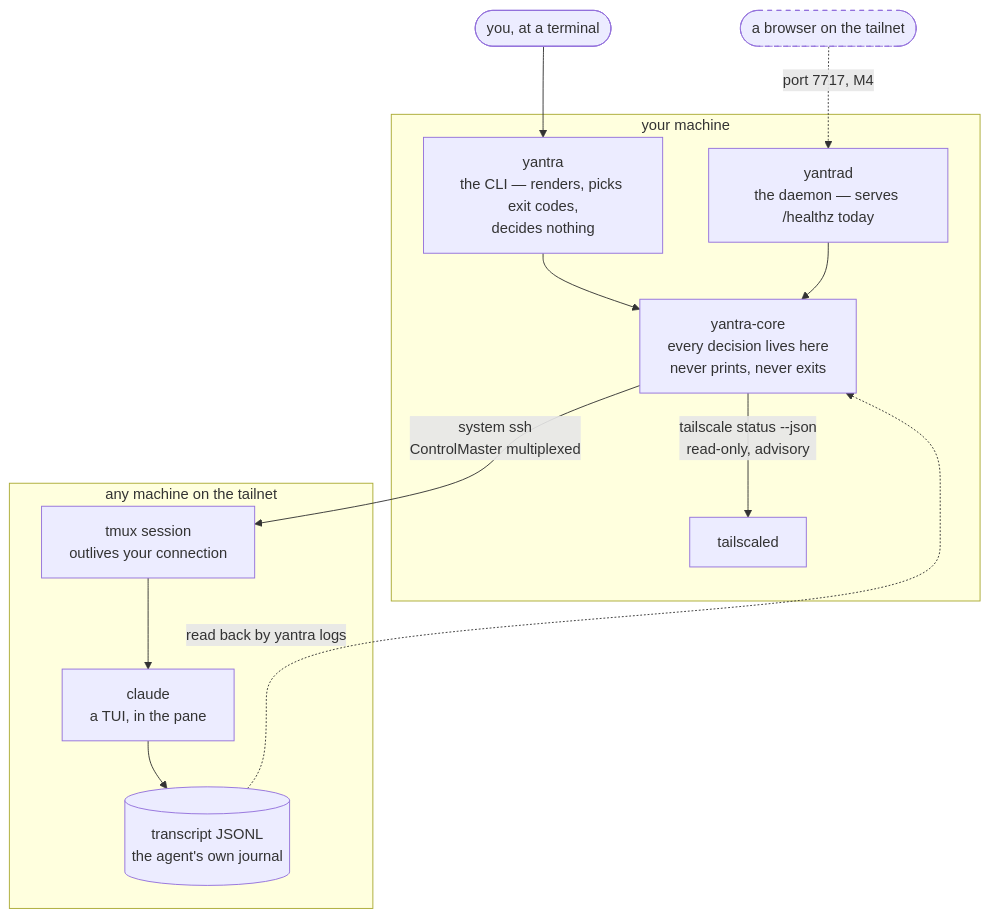
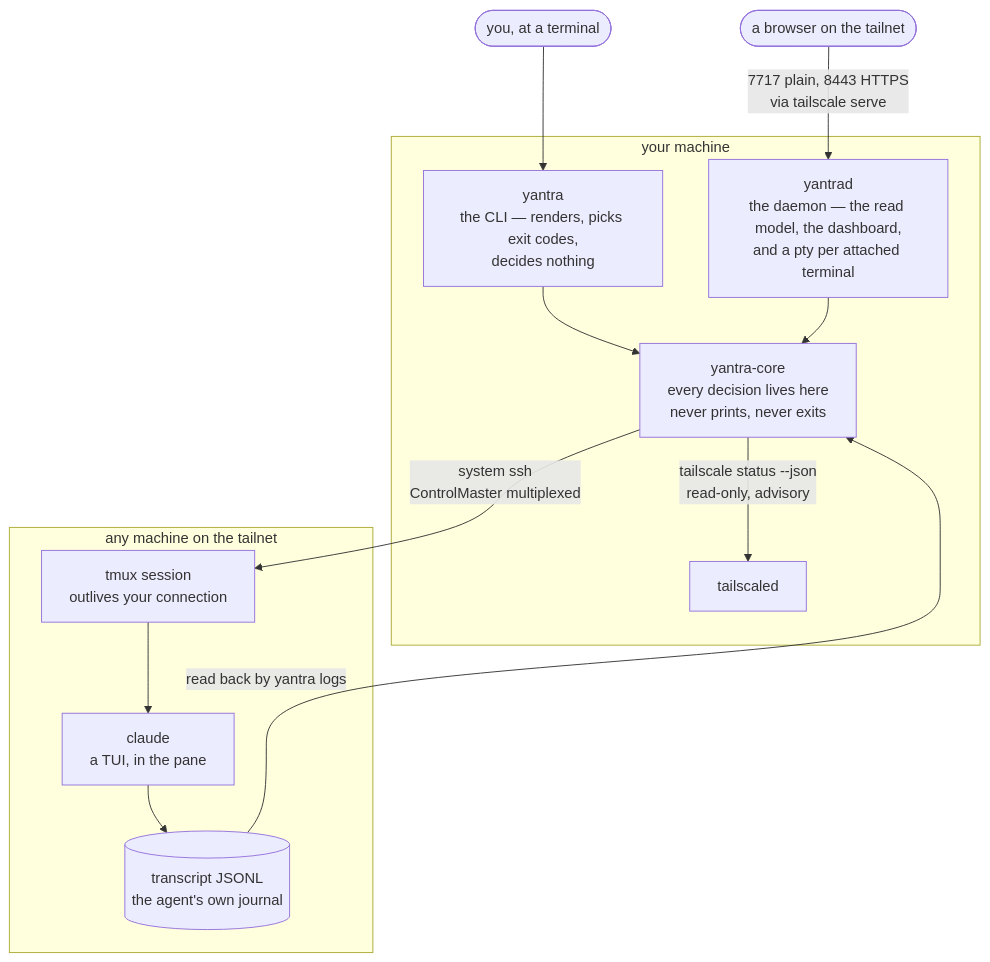
Before and after one commit to 2002Bishwajeet/yantra: the first of 7 diagrams in docs/architecture.md, drawn with Mermaid. The commit also changed other lines of this file and 3 other files, not shown here.

First line of the commit message:
Y-153: sweep the architecture document, and make a milestone close own the sweep (#181)

````diff
--- a/docs/architecture.md
+++ b/docs/architecture.md
@@ -21,31 +21,28 @@
 ```mermaid
 flowchart TB
     you(["you, at a terminal"])
     browser(["a browser on the tailnet"])
 
     subgraph host["your machine"]
         cli["yantra<br/>the CLI — renders, picks exit codes,<br/>decides nothing"]
-        daemon["yantrad<br/>the daemon — serves /healthz today"]
+        daemon["yantrad<br/>the daemon — the read model, the dashboard,<br/>and a pty per attached terminal"]
         core["yantra-core<br/>every decision lives here<br/>never prints, never exits"]
         tsd["tailscaled"]
     end
 
     subgraph target["any machine on the tailnet"]
         tmux["tmux session<br/>outlives your connection"]
         claude["claude<br/>a TUI, in the pane"]
         jsonl[("transcript JSONL<br/>the agent's own journal")]
     end
 
     you --> cli
-    browser -.->|"port 7717, M4"| daemon
+    browser -->|"7717 plain, 8443 HTTPS<br/>via tailscale serve"| daemon
     cli --> core
     daemon --> core
     core -->|"system ssh<br/>ControlMaster multiplexed"| tmux
     core -->|"tailscale status --json<br/>read-only, advisory"| tsd
     tmux --> claude
     claude --> jsonl
-    jsonl -.->|"read back by yantra logs"| core
-
-    classDef planned stroke-dasharray: 5 5
-    class browser planned
+    jsonl -->|"read back by yantra logs"| core
 ```
````
